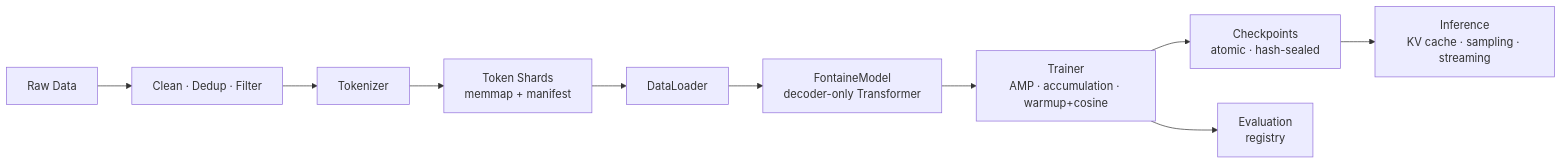
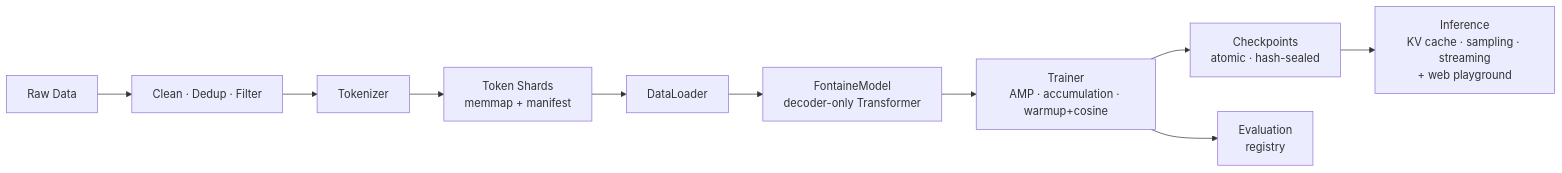
One commit to needyamin/YaMi changed the diagram in README.md. Above: the diagram before and after it, drawn with Mermaid. The commit also changed other lines of this file and 12 other files, not shown here.

````diff
--- a/README.md
+++ b/README.md
@@ -20,12 +20,12 @@
 ```mermaid
 flowchart LR
     A[Raw Data] --> B[Clean · Dedup · Filter]
     B --> C[Tokenizer]
     C --> D[Token Shards<br/>memmap + manifest]
     D --> E[DataLoader]
     E --> F[FontaineModel<br/>decoder-only Transformer]
     F --> G[Trainer<br/>AMP · accumulation · warmup+cosine]
     G --> H[Checkpoints<br/>atomic · hash-sealed]
     G --> I[Evaluation<br/>registry]
-    H --> J[Inference<br/>KV cache · sampling · streaming]
+    H --> J[Inference<br/>KV cache · sampling · streaming<br/>+ web playground]
 ```
````
